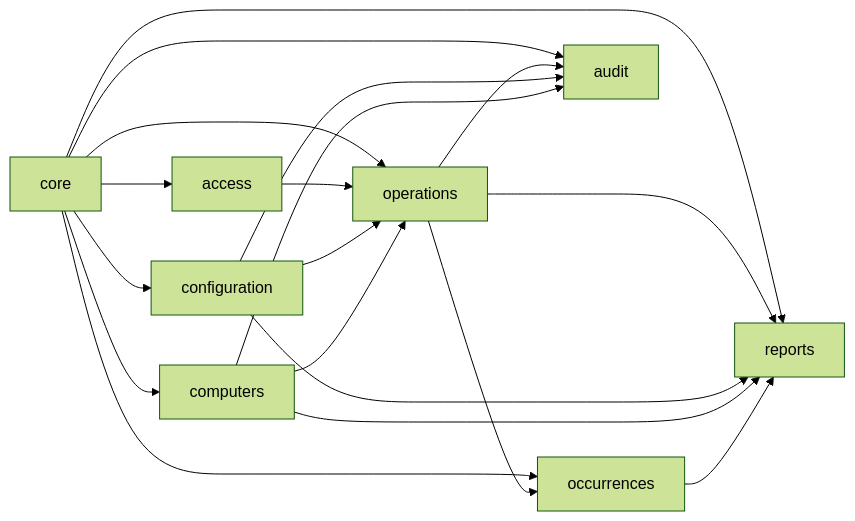
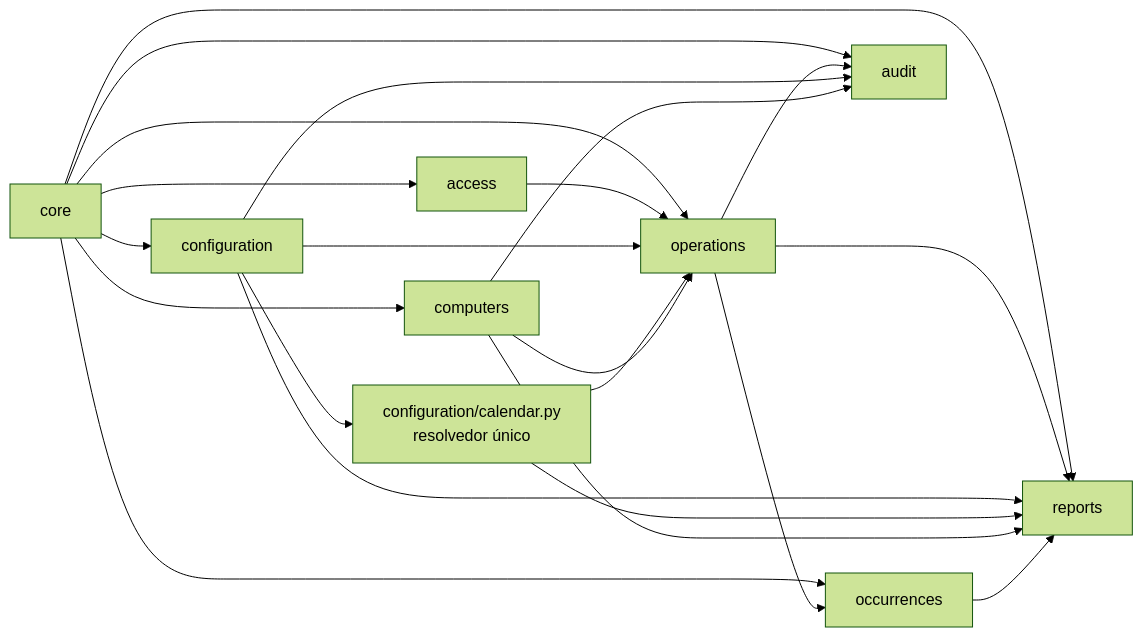
The diagram in docs/architecture/diagrams/module-map.md (MarcosVini753/estagio), drawn with Mermaid (forest theme) before and after one commit. The commit also changed 20 other files, not shown here.

````diff
--- a/docs/architecture/diagrams/module-map.md
+++ b/docs/architecture/diagrams/module-map.md
@@ -3,31 +3,35 @@
 ```mermaid
 flowchart LR
     access[access]
     config[configuration]
+    calendar[configuration/calendar.py<br/>resolvedor único]
     computers[computers]
     operations[operations]
     occurrences[occurrences]
     reports[reports]
     audit[audit]
     core[core]
 
     core --> access
     core --> config
+    config --> calendar
     core --> computers
     core --> operations
     core --> occurrences
     core --> reports
     core --> audit
 
     access --> operations
     config --> operations
+    calendar --> operations
     computers --> operations
     operations --> occurrences
     operations --> reports
     config --> reports
+    calendar --> reports
     computers --> reports
     occurrences --> reports
     operations --> audit
     config --> audit
     computers --> audit
 ```
````
